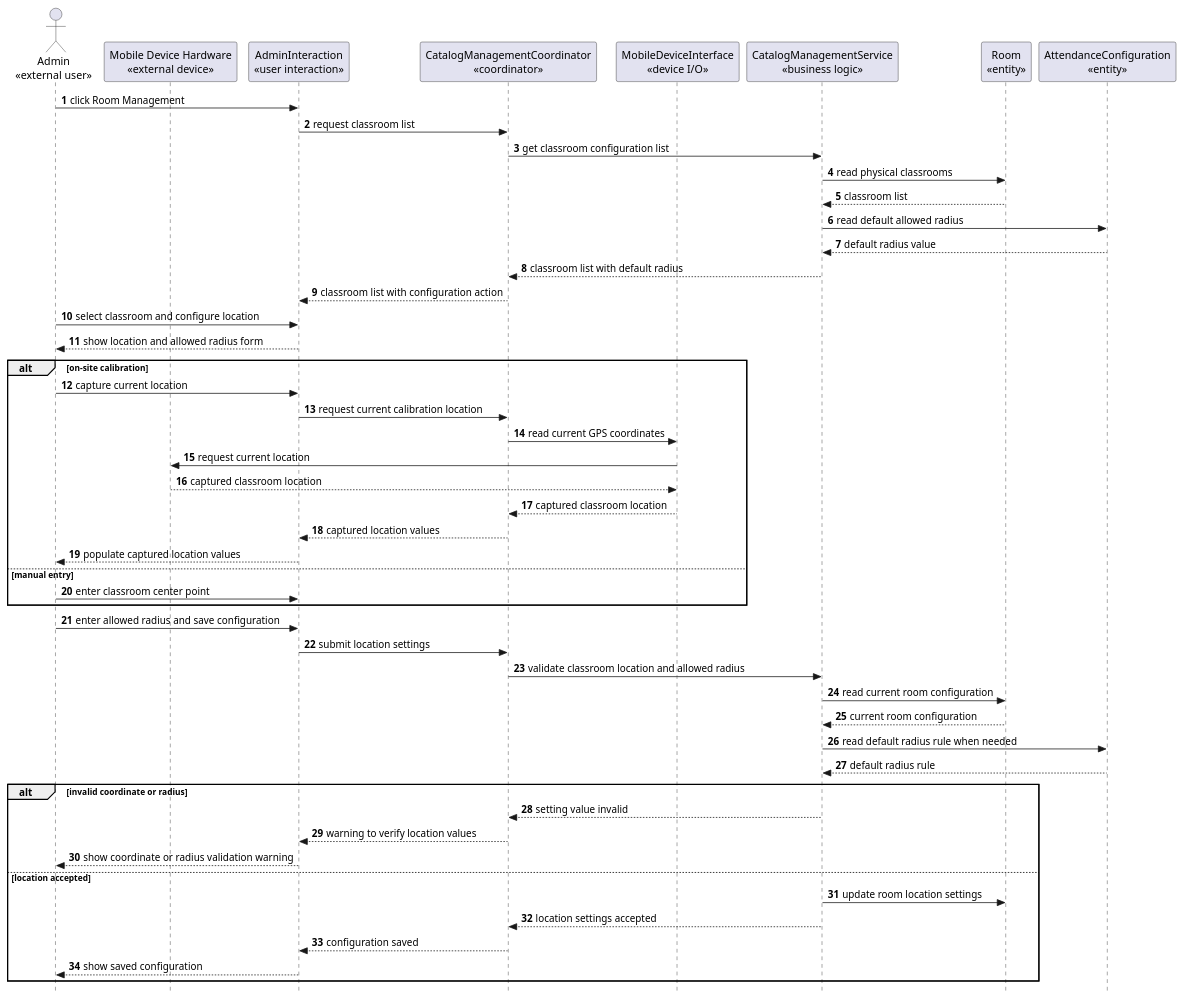
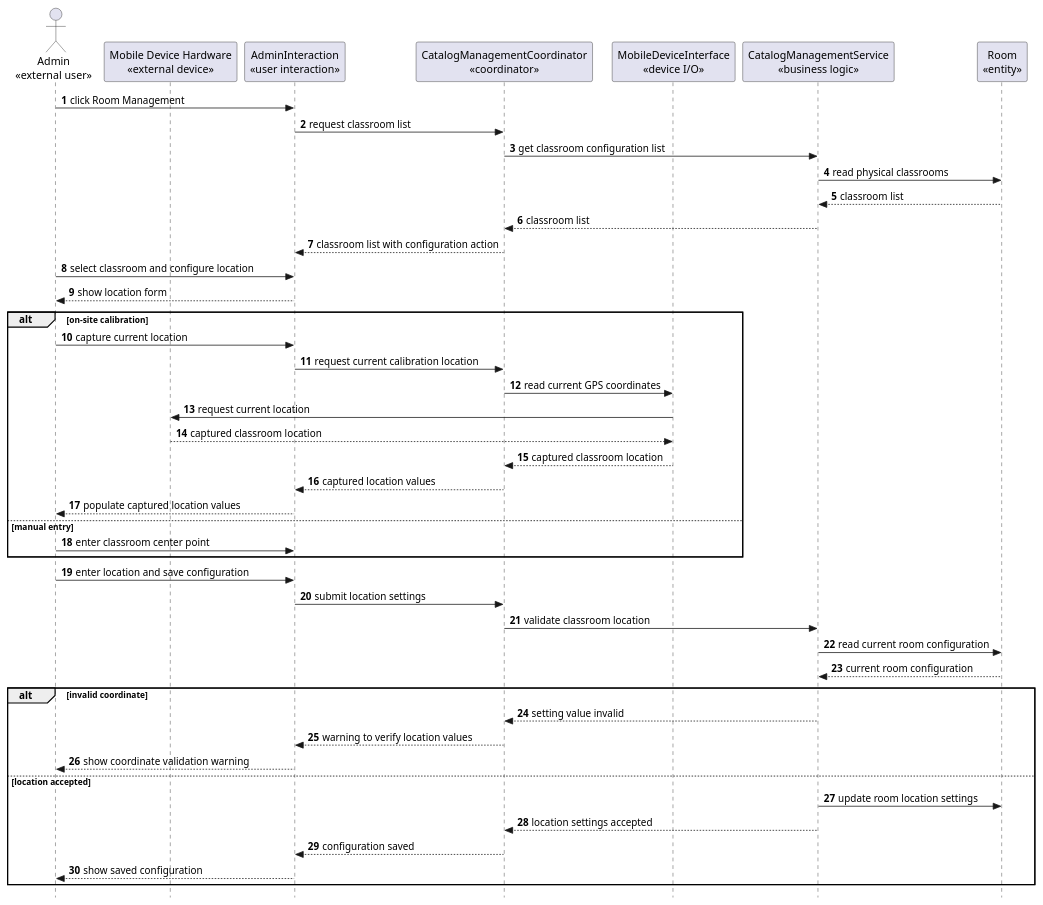
Diagram 25 of 28 in docs/rds/2_Analysis.md (nttung42/SWD392), drawn with PlantUML before and after one commit. The commit also changed other lines of this file and 3 other files, not shown here.

````diff
--- a/docs/rds/2_Analysis.md
+++ b/docs/rds/2_Analysis.md
@@ -1149,58 +1094,53 @@
 ```plantuml
 @startuml
 skinparam style strictuml
 autonumber
 actor "Admin\n«external user»" as Admin
 participant "Mobile Device Hardware\n«external device»" as MobileHardware
 participant "AdminInteraction\n«user interaction»" as AdminUI
 participant "CatalogManagementCoordinator\n«coordinator»" as RoomControl
 participant "MobileDeviceInterface\n«device I/O»" as MobileSensor
 participant "CatalogManagementService\n«business logic»" as LocationSettingRules
 participant "Room\n«entity»" as Room
-participant "AttendanceConfiguration\n«entity»" as AttendanceConfig
 
 Admin -> AdminUI : click Room Management
 AdminUI -> RoomControl : request classroom list
 RoomControl -> LocationSettingRules : get classroom configuration list
 LocationSettingRules -> Room : read physical classrooms
 Room --> LocationSettingRules : classroom list
-LocationSettingRules -> AttendanceConfig : read default allowed radius
-AttendanceConfig --> LocationSettingRules : default radius value
-LocationSettingRules --> RoomControl : classroom list with default radius
+LocationSettingRules --> RoomControl : classroom list
 RoomControl --> AdminUI : classroom list with configuration action
 Admin -> AdminUI : select classroom and configure location
-AdminUI --> Admin : show location and allowed radius form
+AdminUI --> Admin : show location form
 
 alt on-site calibration
   Admin -> AdminUI : capture current location
   AdminUI -> RoomControl : request current calibration location
   RoomControl -> MobileSensor : read current GPS coordinates
   MobileSensor -> MobileHardware : request current location
   MobileHardware --> MobileSensor : captured classroom location
   MobileSensor --> RoomControl : captured classroom location
   RoomControl --> AdminUI : captured location values
   AdminUI --> Admin : populate captured location values
 else manual entry
   Admin -> AdminUI : enter classroom center point
 end
 
-Admin -> AdminUI : enter allowed radius and save configuration
+Admin -> AdminUI : enter location and save configuration
 AdminUI -> RoomControl : submit location settings
-RoomControl -> LocationSettingRules : validate classroom location and allowed radius
+RoomControl -> LocationSettingRules : validate classroom location
 LocationSettingRules -> Room : read current room configuration
 Room --> LocationSettingRules : current room configuration
-LocationSettingRules -> AttendanceConfig : read default radius rule when needed
-AttendanceConfig --> LocationSettingRules : default radius rule
 
-alt invalid coordinate or radius
+alt invalid coordinate
   LocationSettingRules --> RoomControl : setting value invalid
   RoomControl --> AdminUI : warning to verify location values
-  AdminUI --> Admin : show coordinate or radius validation warning
+  AdminUI --> Admin : show coordinate validation warning
 else location accepted
   LocationSettingRules -> Room : update room location settings
   LocationSettingRules --> RoomControl : location settings accepted
   RoomControl --> AdminUI : configuration saved
   AdminUI --> Admin : show saved configuration
 end
 @enduml
 ```
````
